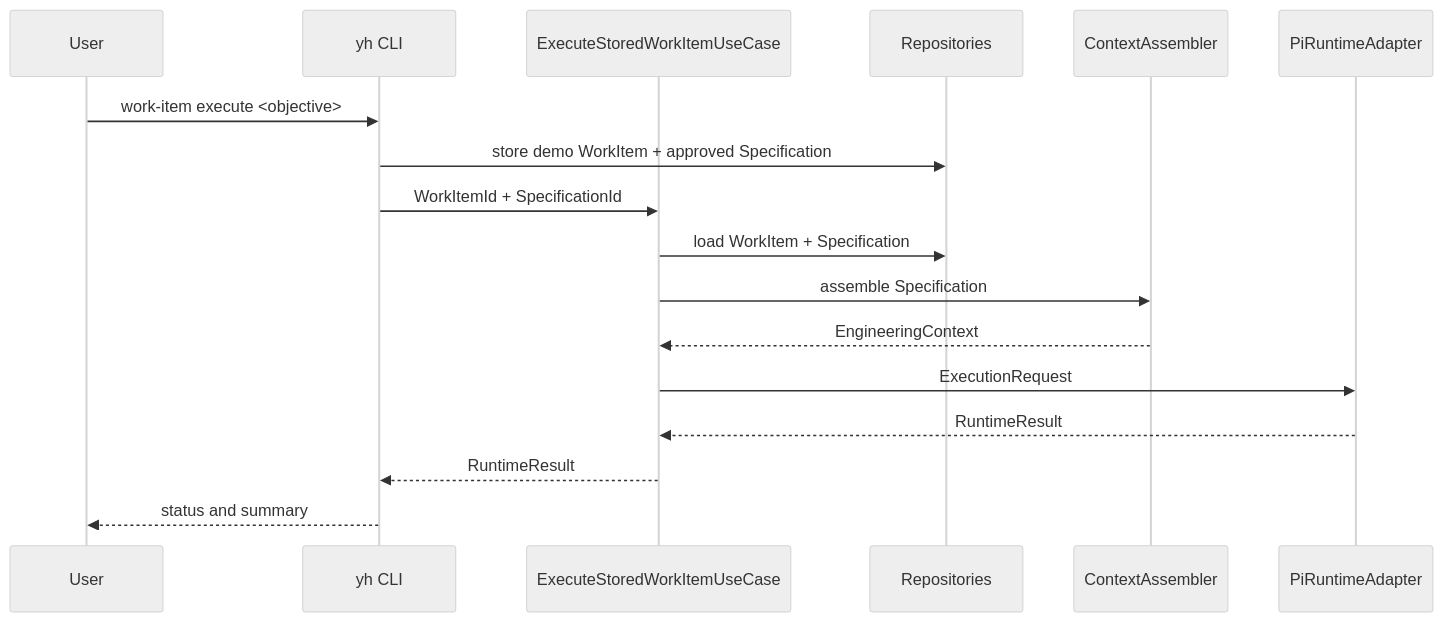
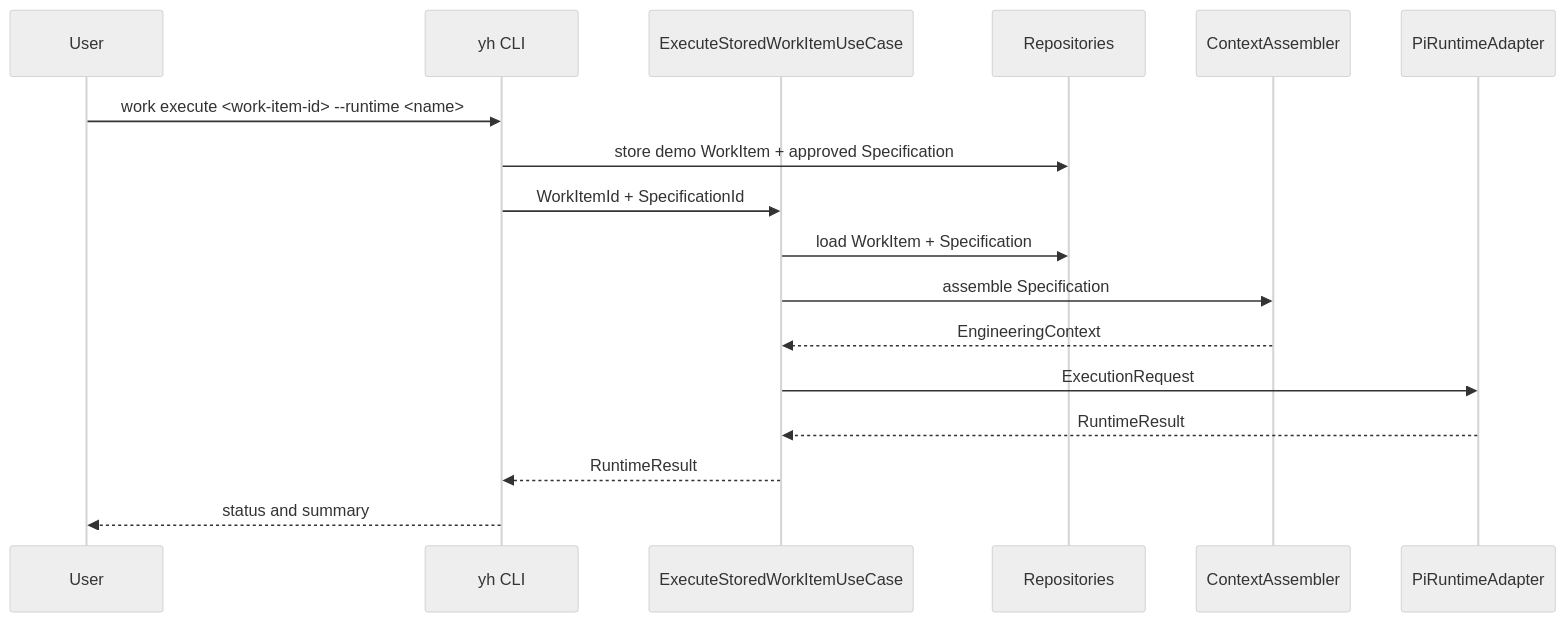
One commit to lucasjaviluna/your-harness-v2 changed the diagram in docs/02-architecture/Execution-Flow.md. Above: the diagram before and after it, drawn with Mermaid (neutral theme). The commit also changed other lines of this file and 15 other files, not shown here.

Commit message:
Execute WorkItem tests

````diff
--- a/docs/02-architecture/Execution-Flow.md
+++ b/docs/02-architecture/Execution-Flow.md
@@ -5,19 +5,19 @@
 ```mermaid
 sequenceDiagram
   participant U as User
   participant C as yh CLI
   participant A as ExecuteStoredWorkItemUseCase
   participant R as Repositories
   participant X as ContextAssembler
   participant P as PiRuntimeAdapter
-  U->>C: work-item execute <objective>
+  U->>C: work execute <work-item-id> --runtime <name>
   C->>R: store demo WorkItem + approved Specification
   C->>A: WorkItemId + SpecificationId
   A->>R: load WorkItem + Specification
   A->>X: assemble Specification
   X-->>A: EngineeringContext
   A->>P: ExecutionRequest
   P-->>A: RuntimeResult
   A-->>C: RuntimeResult
   C-->>U: status and summary
 ```
````
